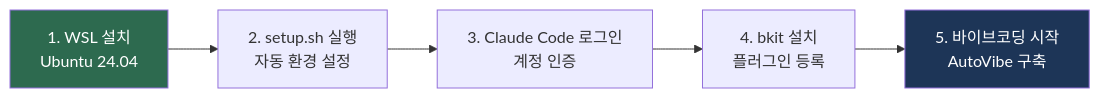
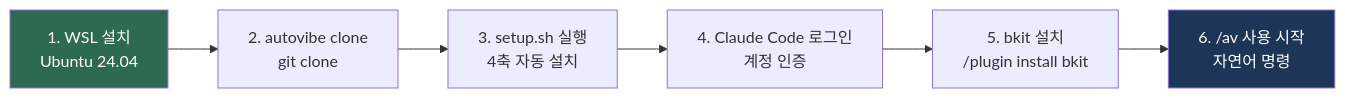
One commit to s99606931/autovibe changed the first of 4 diagrams in guides/00-WSL-환경설정.md. Above: the diagram before and after it, drawn with Mermaid. The commit also changed other lines of this file and 5 other files, not shown here.

First line of the commit message:
feat(av): 6차 PDCA — 4축 통합(CC v2.2 + GitNexus) + clone-to-deploy 가이드

````diff
--- a/guides/00-WSL-환경설정.md
+++ b/guides/00-WSL-환경설정.md
@@ -11,10 +19,11 @@
 ```mermaid
 flowchart LR
-    A["1. WSL 설치<br/>Ubuntu 24.04"] --> B["2. setup.sh 실행<br/>자동 환경 설정"]
-    B --> C["3. Claude Code 로그인<br/>계정 인증"]
-    C --> D["4. bkit 설치<br/>플러그인 등록"]
-    D --> E["5. 바이브코딩 시작<br/>AutoVibe 구축"]
+    A["1. WSL 설치<br/>Ubuntu 24.04"] --> B["2. autovibe clone<br/>git clone"]
+    B --> C["3. setup.sh 실행<br/>4축 자동 설치"]
+    C --> D["4. Claude Code 로그인<br/>계정 인증"]
+    D --> E["5. bkit 설치<br/>/plugin install bkit"]
+    E --> F["6. /av 사용 시작<br/>자연어 명령"]
 
     style A fill:#2d6a4f,color:#fff
-    style E fill:#1d3557,color:#fff
+    style F fill:#1d3557,color:#fff
 ```
````
